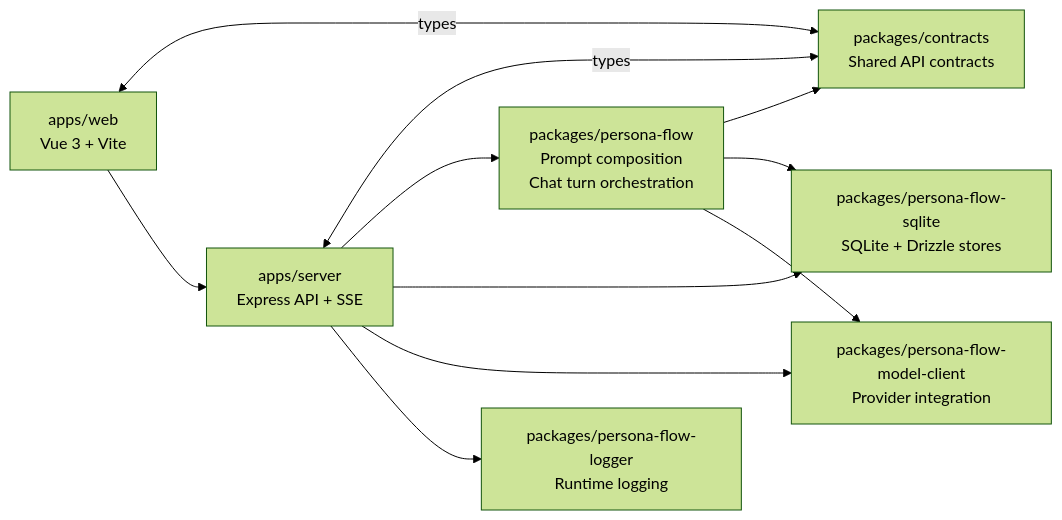
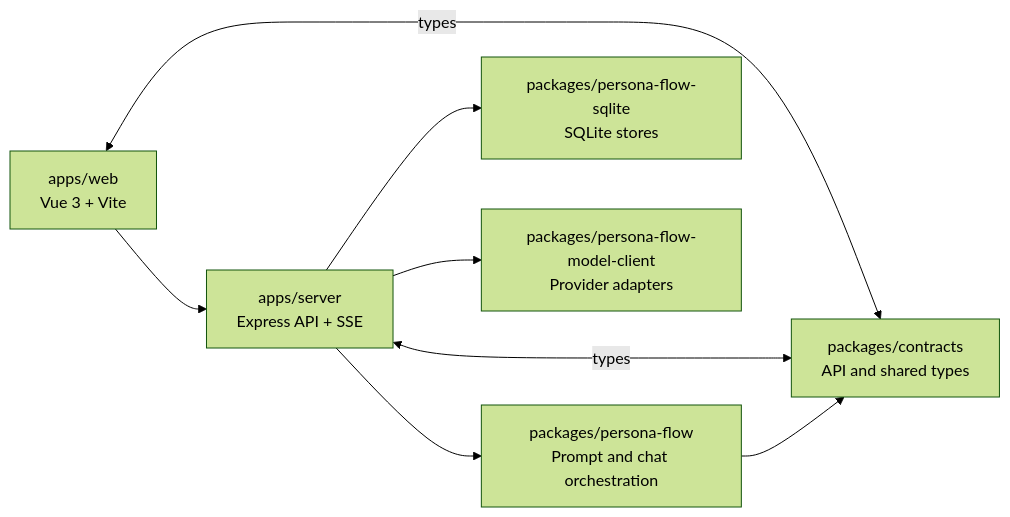
One commit to cong-jing/ss.ai changed the diagram in README.ja.md. Above: the diagram before and after it, drawn with Mermaid (forest theme). The commit also changed other lines of this file and 25 other files, not shown here.

````diff
--- a/README.ja.md
+++ b/README.ja.md
@@ -30,21 +28,17 @@
 ```mermaid
 flowchart LR
     UI[apps/web\nVue 3 + Vite]
     API[apps/server\nExpress API + SSE]
-    Contracts[packages/contracts\nShared API contracts]
-    Domain[packages/persona-flow\nPrompt composition\nChat turn orchestration]
-    Persistence[packages/persona-flow-sqlite\nSQLite + Drizzle stores]
-    ModelClient[packages/persona-flow-model-client\nProvider integration]
-    Logger[packages/persona-flow-logger\nRuntime logging]
+    Contracts[packages/contracts\nAPI and shared types]
+    Domain[packages/persona-flow\nPrompt and chat orchestration]
+    Persistence[packages/persona-flow-sqlite\nSQLite stores]
+    ModelClient[packages/persona-flow-model-client\nProvider adapters]
 
     UI <-- types --> Contracts
     UI --> API
     API <-- types --> Contracts
     API --> Domain
     API --> Persistence
     API --> ModelClient
-    API --> Logger
     Domain --> Contracts
-    Domain --> Persistence
-    Domain --> ModelClient
 ```
````
